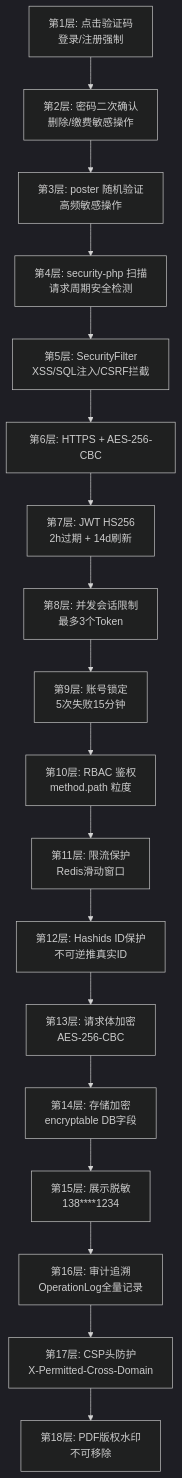
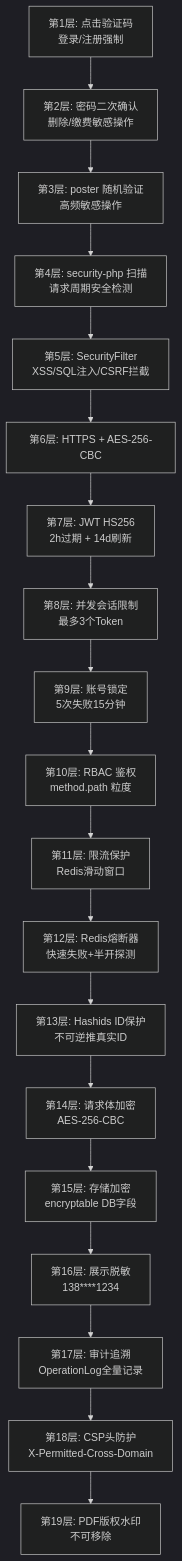
The tenth of 10 diagrams in docs/ARCHITECTURE.md (erikwang2013/property-management-platform), drawn with Mermaid (dark theme) before and after one commit. The commit also changed 66 other files, not shown here.

First line of the commit message:
P16 熔断保护交付：Redis 熔断器（快速失败+半开探测）+ 支付/回调接入 + 19 层安全文档与图片全量同步

````diff
--- a/docs/ARCHITECTURE.md
+++ b/docs/ARCHITECTURE.md
@@ -402,21 +402,22 @@
 ```mermaid
 flowchart TB
     L1["第1层: 点击验证码<br/>登录/注册强制"] --> L2
     L2["第2层: 密码二次确认<br/>删除/缴费敏感操作"] --> L3
     L3["第3层: poster 随机验证<br/>高频敏感操作"] --> L4
     L4["第4层: security-php 扫描<br/>请求周期安全检测"] --> L5
     L5["第5层: SecurityFilter<br/>XSS/SQL注入/CSRF拦截"] --> L6
     L6["第6层: HTTPS + AES-256-CBC"] --> L7
     L7["第7层: JWT HS256<br/>2h过期 + 14d刷新"] --> L8
     L8["第8层: 并发会话限制<br/>最多3个Token"] --> L9
     L9["第9层: 账号锁定<br/>5次失败15分钟"] --> L10
     L10["第10层: RBAC 鉴权<br/>method.path 粒度"] --> L11
     L11["第11层: 限流保护<br/>Redis滑动窗口"] --> L12
-    L12["第12层: Hashids ID保护<br/>不可逆推真实ID"] --> L13
-    L13["第13层: 请求体加密<br/>AES-256-CBC"] --> L14
-    L14["第14层: 存储加密<br/>encryptable DB字段"] --> L15
-    L15["第15层: 展示脱敏<br/>138****1234"] --> L16
-    L16["第16层: 审计追溯<br/>OperationLog全量记录"] --> L17
-    L17["第17层: CSP头防护<br/>X-Permitted-Cross-Domain"] --> L18
-    L18["第18层: PDF版权水印<br/>不可移除"]
+    L12["第12层: Redis熔断器<br/>快速失败+半开探测"] --> L13
+    L13["第13层: Hashids ID保护<br/>不可逆推真实ID"] --> L14
+    L14["第14层: 请求体加密<br/>AES-256-CBC"] --> L15
+    L15["第15层: 存储加密<br/>encryptable DB字段"] --> L16
+    L16["第16层: 展示脱敏<br/>138****1234"] --> L17
+    L17["第17层: 审计追溯<br/>OperationLog全量记录"] --> L18
+    L18["第18层: CSP头防护<br/>X-Permitted-Cross-Domain"] --> L19
+    L19["第19层: PDF版权水印<br/>不可移除"]
 ```
````
